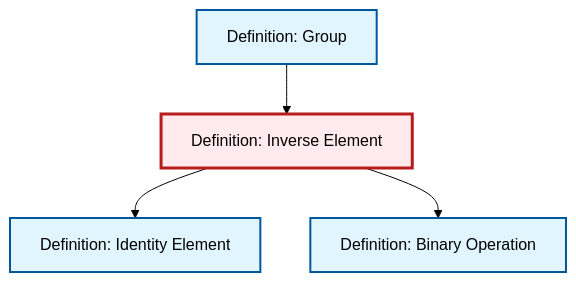
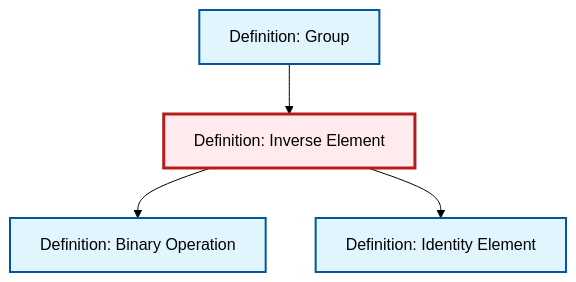
One commit to RK0429/ModernMath changed the diagram in content/en/algebra/def-inverse-element.qmd. Above: the diagram before and after it, drawn with Mermaid (forest theme). The commit also changed other lines of this file and 531 other files, not shown here.

````diff
--- a/content/en/algebra/def-inverse-element.qmd
+++ b/content/en/algebra/def-inverse-element.qmd
@@ -83,20 +83,20 @@
 ```{mermaid}
 %%| fig-cap: "Local dependency graph"
 graph TD
     classDef definition fill:#e1f5fe,stroke:#01579b,stroke-width:2px
     classDef theorem fill:#f3e5f5,stroke:#4a148c,stroke-width:2px
     classDef axiom fill:#fff3e0,stroke:#e65100,stroke-width:2px
     classDef example fill:#e8f5e9,stroke:#1b5e20,stroke-width:2px
     classDef current fill:#ffebee,stroke:#b71c1c,stroke-width:3px
     def-binary-operation["Definition: Binary Operation"]:::definition
     def-inverse-element["Definition: Inverse Element"]:::definition
     def-identity-element["Definition: Identity Element"]:::definition
     def-group["Definition: Group"]:::definition
+    def-group --> def-inverse-element
+    def-inverse-element --> def-binary-operation
     def-inverse-element --> def-identity-element
-    def-inverse-element --> def-binary-operation
-    def-group --> def-inverse-element
     class def-inverse-element current
     click def-binary-operation "def-binary-operation.html" "Go to Binary Operation definition"
     click def-identity-element "def-identity-element.html" "Go to Identity Element definition"
     click def-group "def-group.html" "Go to Group definition"
 ```
````
